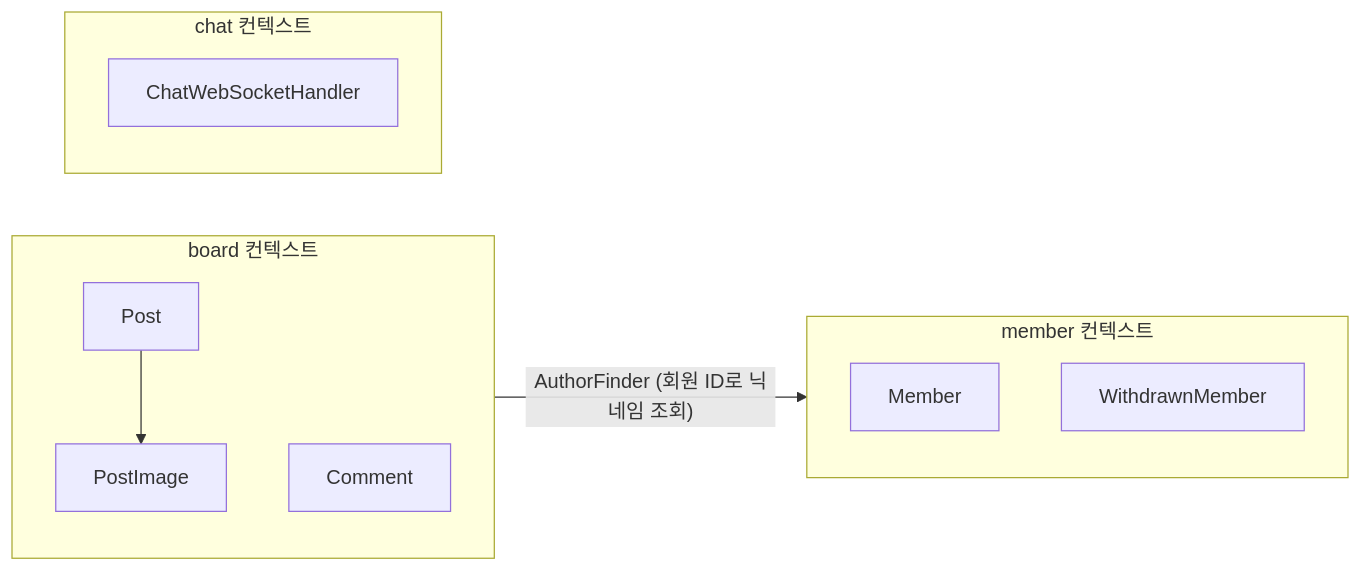
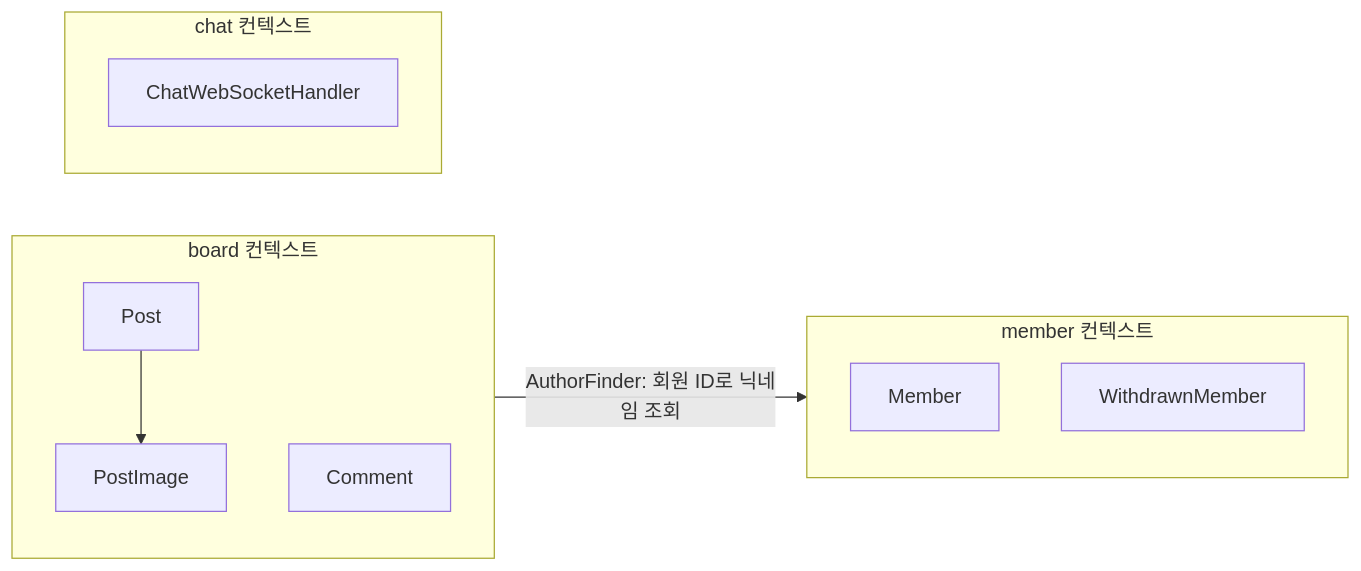
One commit to pve123/backend-tech-poc changed the diagram in README.md. Above: the diagram before and after it, drawn with Mermaid. The commit also changed other lines of this file and 1 other file, not shown here.

````diff
--- a/README.md
+++ b/README.md
@@ -24,15 +24,15 @@
 ```mermaid
 flowchart LR
     subgraph member[member 컨텍스트]
         Member
         WithdrawnMember
     end
     subgraph board[board 컨텍스트]
         Post --> PostImage
         Comment
     end
     subgraph chat[chat 컨텍스트]
         ChatWebSocketHandler
     end
-    board -- "AuthorFinder (회원 ID로 닉네임 조회)" --> member
+    board -- "AuthorFinder: 회원 ID로 닉네임 조회" --> member
 ```
````
